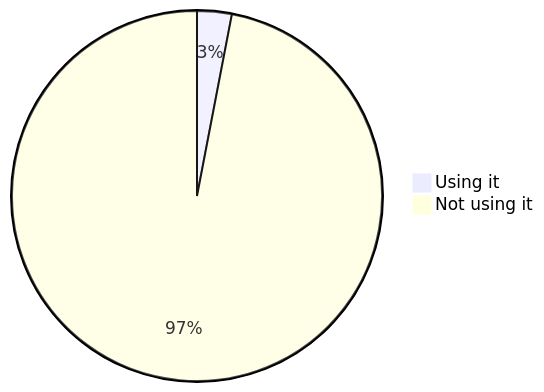
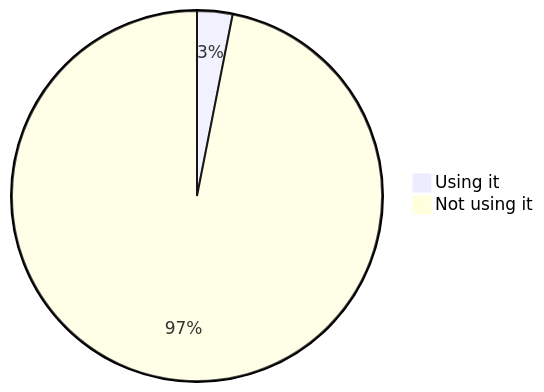
One commit to oshp/oshp-stats changed diagram 17 of 22 in stats.md. Above: the diagram before and after it, drawn with Mermaid. The commit also changed other lines of this file, not shown here.

````diff
--- a/stats.md
+++ b/stats.md
@@ -202,6 +202,6 @@
 ```mermaid
 pie
-	"Using it" : 3.02
-	"Not using it" : 96.98
+	"Using it" : 3.09
+	"Not using it" : 96.91
 
 ```
````
